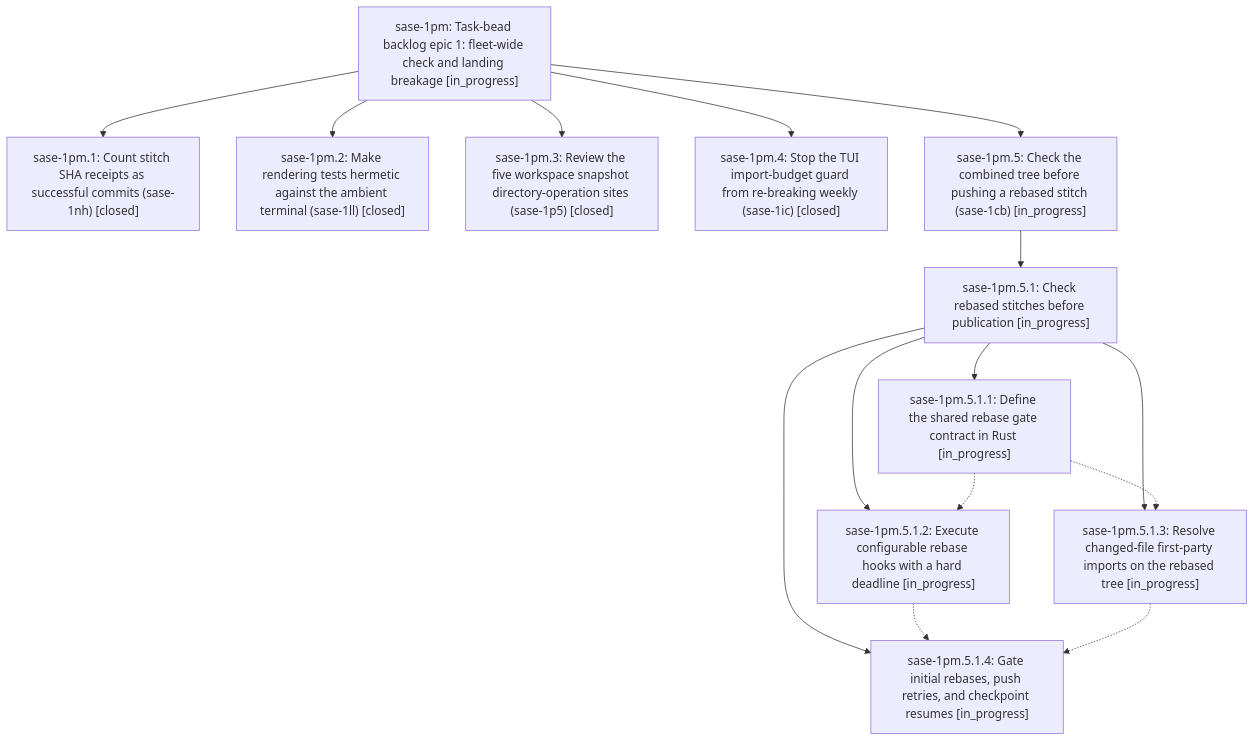
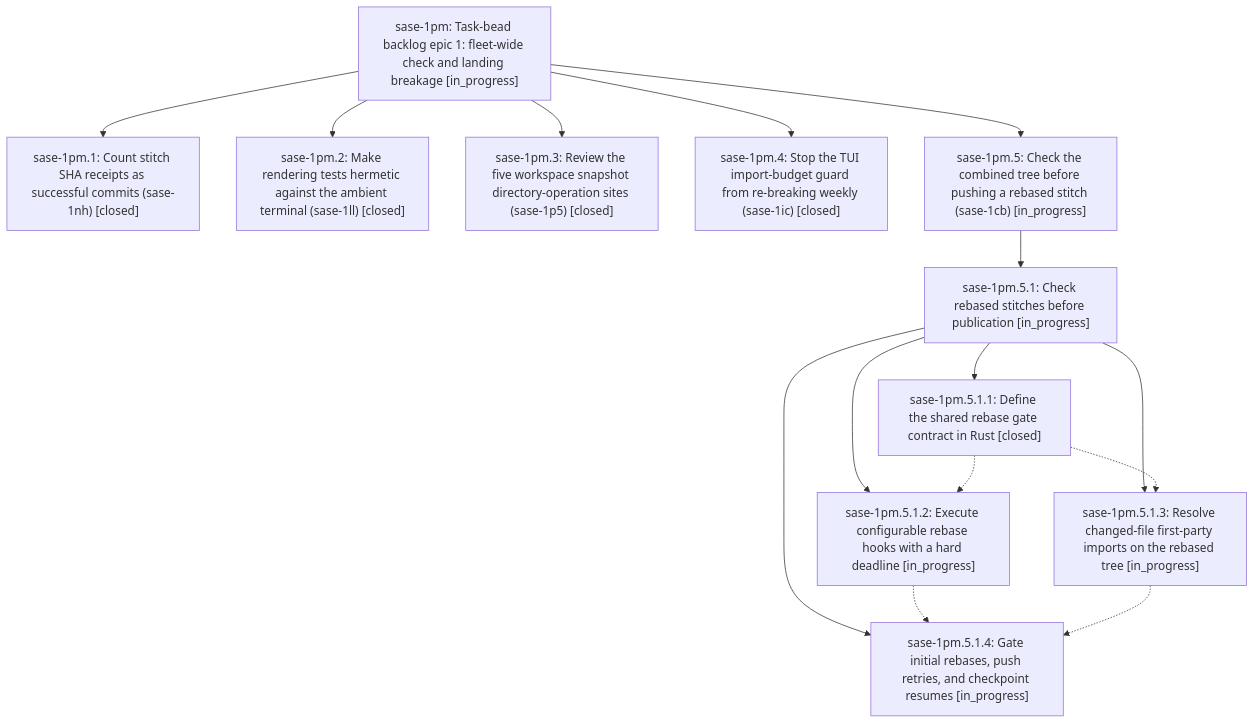
The diagram in pages/sase-1pm/README.md (sase-org/sase--beads), drawn with Mermaid before and after one commit. The commit also changed other lines of this file and 6 other files, not shown here.

````diff
--- a/pages/sase-1pm/README.md
+++ b/pages/sase-1pm/README.md
@@ -38,28 +38,28 @@
 ```mermaid
 flowchart TD
     n0["sase-1pm: Task-bead backlog epic 1: fleet-wide check and landing breakage [in_progress]"]
     n1["sase-1pm.1: Count stitch SHA receipts as successful commits (sase-1nh) [closed]"]
     n2["sase-1pm.2: Make rendering tests hermetic against the ambient terminal (sase-1ll) [closed]"]
     n3["sase-1pm.3: Review the five workspace snapshot directory-operation sites (sase-1p5) [closed]"]
     n4["sase-1pm.4: Stop the TUI import-budget guard from re-breaking weekly (sase-1ic) [closed]"]
     n5["sase-1pm.5: Check the combined tree before pushing a rebased stitch (sase-1cb) [in_progress]"]
     n6["sase-1pm.5.1: Check rebased stitches before publication [in_progress]"]
-    n7["sase-1pm.5.1.1: Define the shared rebase gate contract in Rust [in_progress]"]
+    n7["sase-1pm.5.1.1: Define the shared rebase gate contract in Rust [closed]"]
     n8["sase-1pm.5.1.2: Execute configurable rebase hooks with a hard deadline [in_progress]"]
     n9["sase-1pm.5.1.3: Resolve changed-file first-party imports on the rebased tree [in_progress]"]
     n10["sase-1pm.5.1.4: Gate initial rebases, push retries, and checkpoint resumes [in_progress]"]
     n0 --> n1
     n0 --> n2
     n0 --> n3
     n0 --> n4
     n0 --> n5
     n5 --> n6
     n6 --> n7
     n6 --> n8
     n6 --> n9
     n6 --> n10
     n7 -.-> n8
     n7 -.-> n9
     n8 -.-> n10
     n9 -.-> n10
 ```
````
